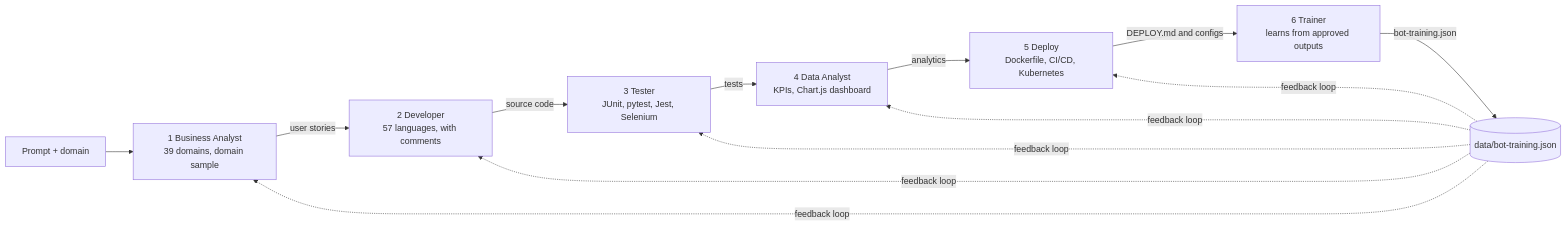
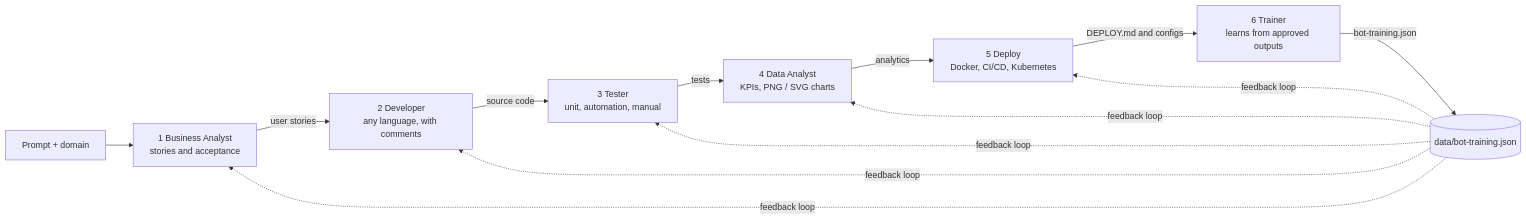
Before and after one commit to manasa123104/agentic-ai-chatbot: the first of 2 diagrams in README.md, drawn with Mermaid. The commit also changed other lines of this file and 2 other files, not shown here.

Commit message:
Update README and the 6-stage diagram, and shrink the live QR code.

````diff
--- a/README.md
+++ b/README.md
@@ -18,15 +15,15 @@
 ```mermaid
 flowchart LR
     P["Prompt + domain"] --> BA
-    BA["1 Business Analyst<br/>39 domains, domain sample"] -->|"user stories"| DEV
-    DEV["2 Developer<br/>57 languages, with comments"] -->|"source code"| TEST
-    TEST["3 Tester<br/>JUnit, pytest, Jest, Selenium"] -->|"tests"| DA
-    DA["4 Data Analyst<br/>KPIs, Chart.js dashboard"] -->|"analytics"| DEP
-    DEP["5 Deploy<br/>Dockerfile, CI/CD, Kubernetes"] -->|"DEPLOY.md and configs"| TR
+    BA["1 Business Analyst<br/>stories and acceptance"] -->|"user stories"| DEV
+    DEV["2 Developer<br/>any language, with comments"] -->|"source code"| TEST
+    TEST["3 Tester<br/>unit, automation, manual"] -->|"tests"| DA
+    DA["4 Data Analyst<br/>KPIs, PNG / SVG charts"] -->|"analytics"| DEP
+    DEP["5 Deploy<br/>Docker, CI/CD, Kubernetes"] -->|"DEPLOY.md and configs"| TR
     TR["6 Trainer<br/>learns from approved outputs"] -->|"bot-training.json"| STORE[("data/bot-training.json")]
     STORE -.->|"feedback loop"| BA
     STORE -.->|"feedback loop"| DEV
     STORE -.->|"feedback loop"| TEST
     STORE -.->|"feedback loop"| DA
     STORE -.->|"feedback loop"| DEP
 ```
````
